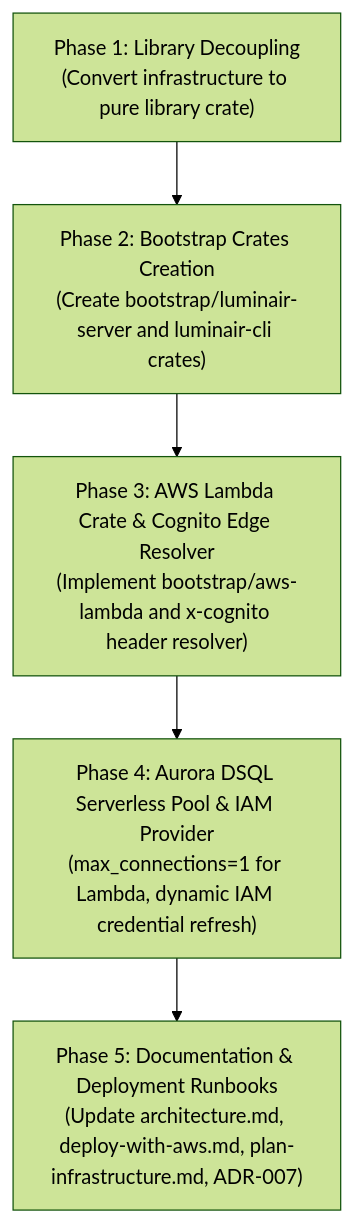
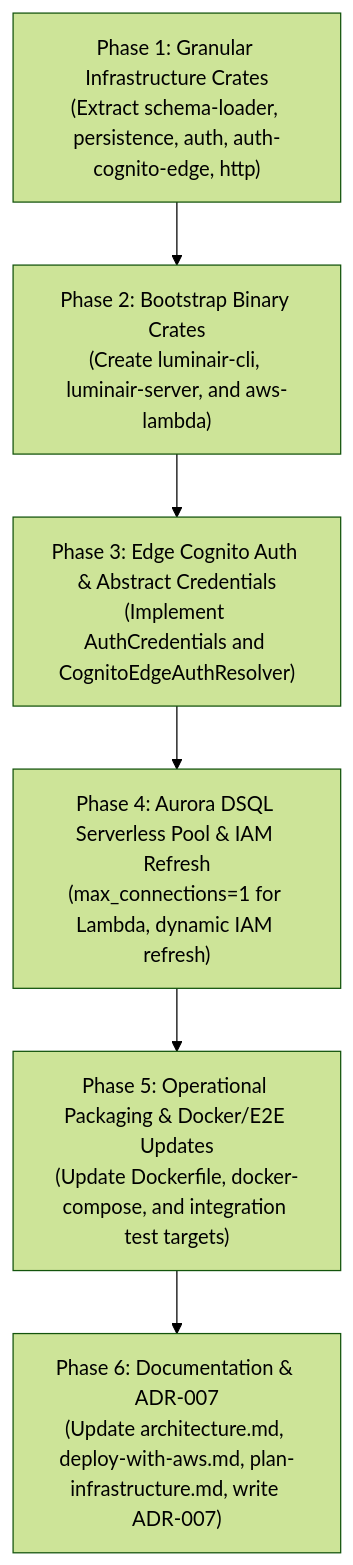
The third of 3 diagrams in docs/refactoring/refactoring-dual-target-lambda-and-microservice.md (luminair-cms/luminair-system), drawn with Mermaid (forest theme) before and after one commit. The commit also changed other lines of this file, not shown here.

Commit message:
fix refactoring plan after review

````diff
--- a/docs/refactoring/refactoring-dual-target-lambda-and-microservice.md
+++ b/docs/refactoring/refactoring-dual-target-lambda-and-microservice.md
@@ -241,13 +360,15 @@
 ```mermaid
 flowchart TD
-    P1["Phase 1: Library Decoupling<br/>(Convert infrastructure to pure library crate)"]
-    P2["Phase 2: Bootstrap Crates Creation<br/>(Create bootstrap/luminair-server and luminair-cli crates)"]
-    P3["Phase 3: AWS Lambda Crate & Cognito Edge Resolver<br/>(Implement bootstrap/aws-lambda and x-cognito header resolver)"]
-    P4["Phase 4: Aurora DSQL Serverless Pool & IAM Provider<br/>(max_connections=1 for Lambda, dynamic IAM credential refresh)"]
-    P5["Phase 5: Documentation & Deployment Runbooks<br/>(Update architecture.md, deploy-with-aws.md, plan-infrastructure.md, ADR-007)"]
+    P1["Phase 1: Granular Infrastructure Crates<br/>(Extract schema-loader, persistence, auth, auth-cognito-edge, http)"]
+    P2["Phase 2: Bootstrap Binary Crates<br/>(Create luminair-cli, luminair-server, and aws-lambda)"]
+    P3["Phase 3: Edge Cognito Auth & Abstract Credentials<br/>(Implement AuthCredentials and CognitoEdgeAuthResolver)"]
+    P4["Phase 4: Aurora DSQL Serverless Pool & IAM Refresh<br/>(max_connections=1 for Lambda, dynamic IAM refresh)"]
+    P5["Phase 5: Operational Packaging & Docker/E2E Updates<br/>(Update Dockerfile, docker-compose, and integration test targets)"]
+    P6["Phase 6: Documentation & ADR-007<br/>(Update architecture.md, deploy-with-aws.md, plan-infrastructure.md, write ADR-007)"]
 
     P1 --> P2
     P2 --> P3
     P3 --> P4
     P4 --> P5
+    P5 --> P6
 ```
````
